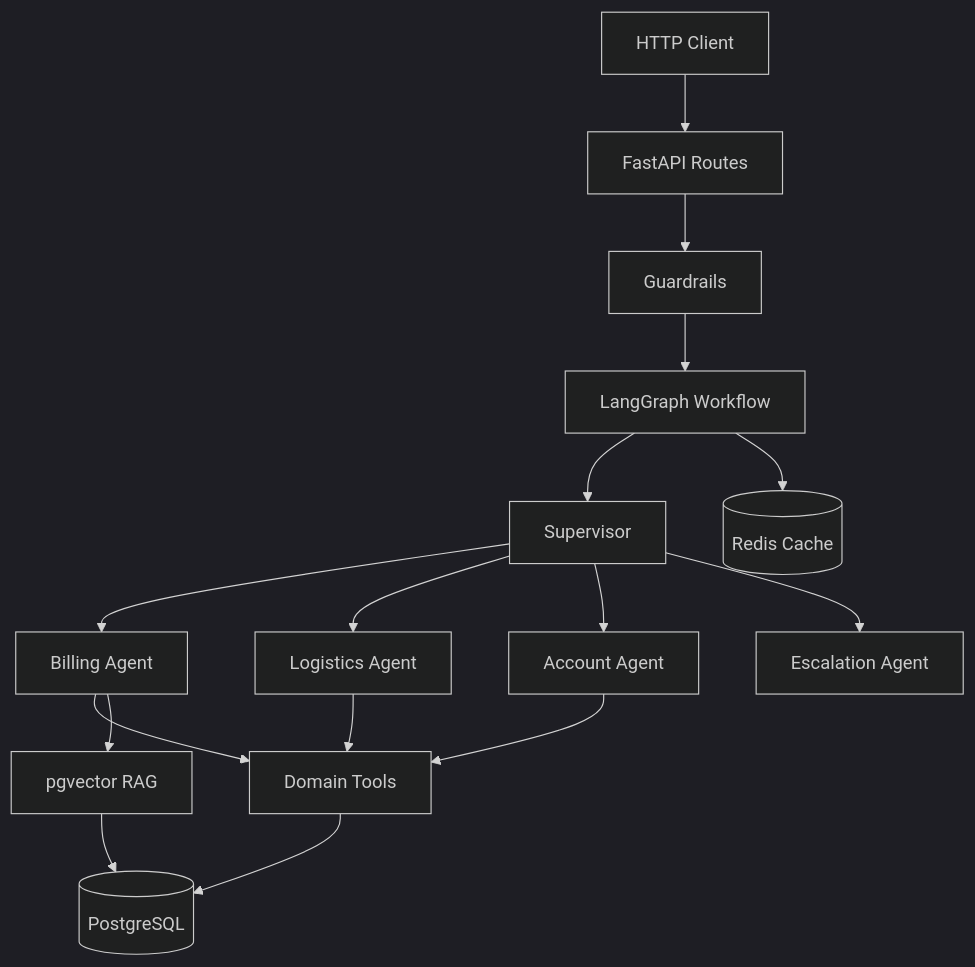
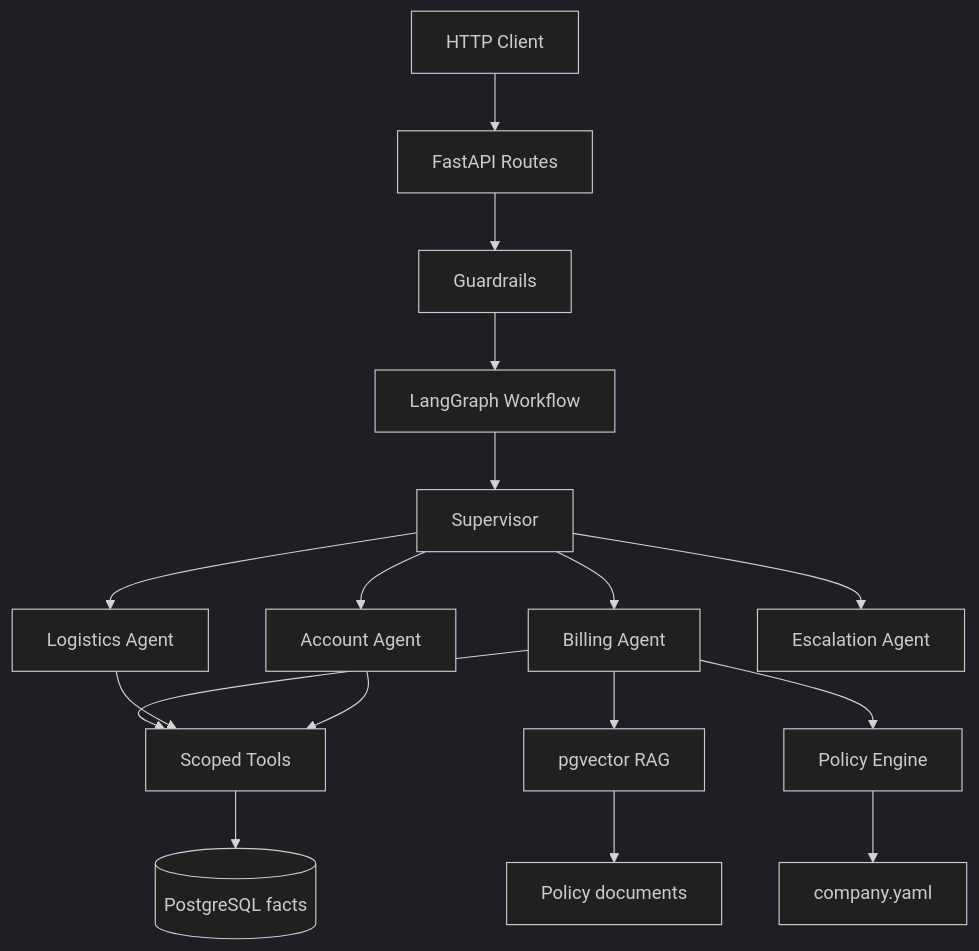
Before and after one commit to OtnielGomes/AI-Customer-Support-Platform-With-Langgraph: the diagram in README.md, drawn with Mermaid (dark theme). The commit also changed other lines of this file and 100 other files, not shown here.

````diff
--- a/README.md
+++ b/README.md
@@ -19,18 +21,19 @@
 ```mermaid
 flowchart TD
     Client[HTTP Client] --> API[FastAPI Routes]
     API --> Guard[Guardrails]
     Guard --> Graph[LangGraph Workflow]
     Graph --> Supervisor[Supervisor]
     Supervisor --> Billing[Billing Agent]
     Supervisor --> Logistics[Logistics Agent]
     Supervisor --> Account[Account Agent]
     Supervisor --> Escalation[Escalation Agent]
-    Billing --> Tools[Domain Tools]
+    Billing --> Tools[Scoped Tools]
     Billing --> RAG[pgvector RAG]
+    Billing --> Policy[Policy Engine]
     Logistics --> Tools
     Account --> Tools
-    Tools --> DB[(PostgreSQL)]
-    RAG --> DB
-    Graph --> Redis[(Redis Cache)]
+    Tools --> DB[(PostgreSQL facts)]
+    RAG --> KB[Policy documents]
+    Policy --> YAML[company.yaml]
 ```
````
